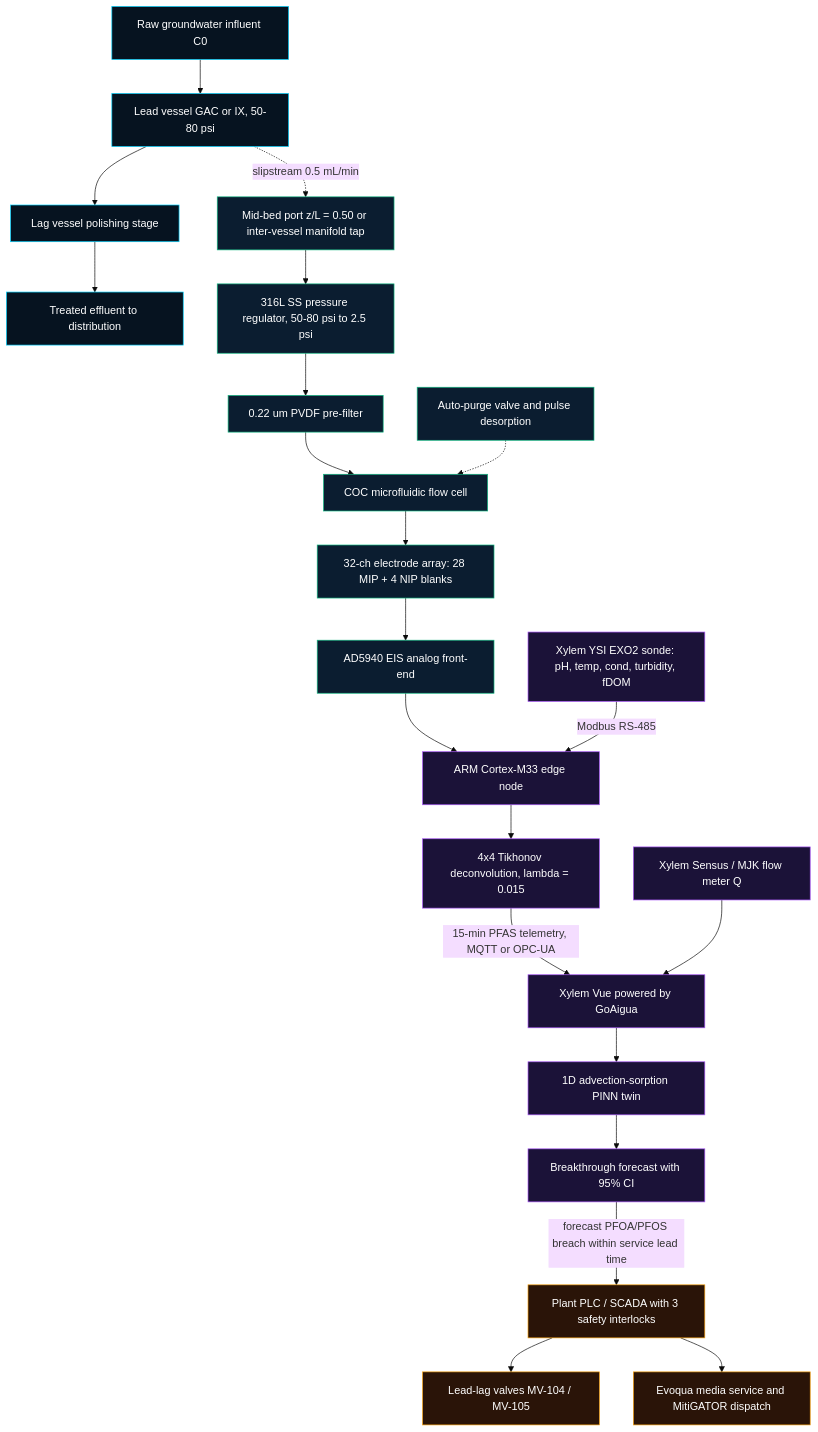
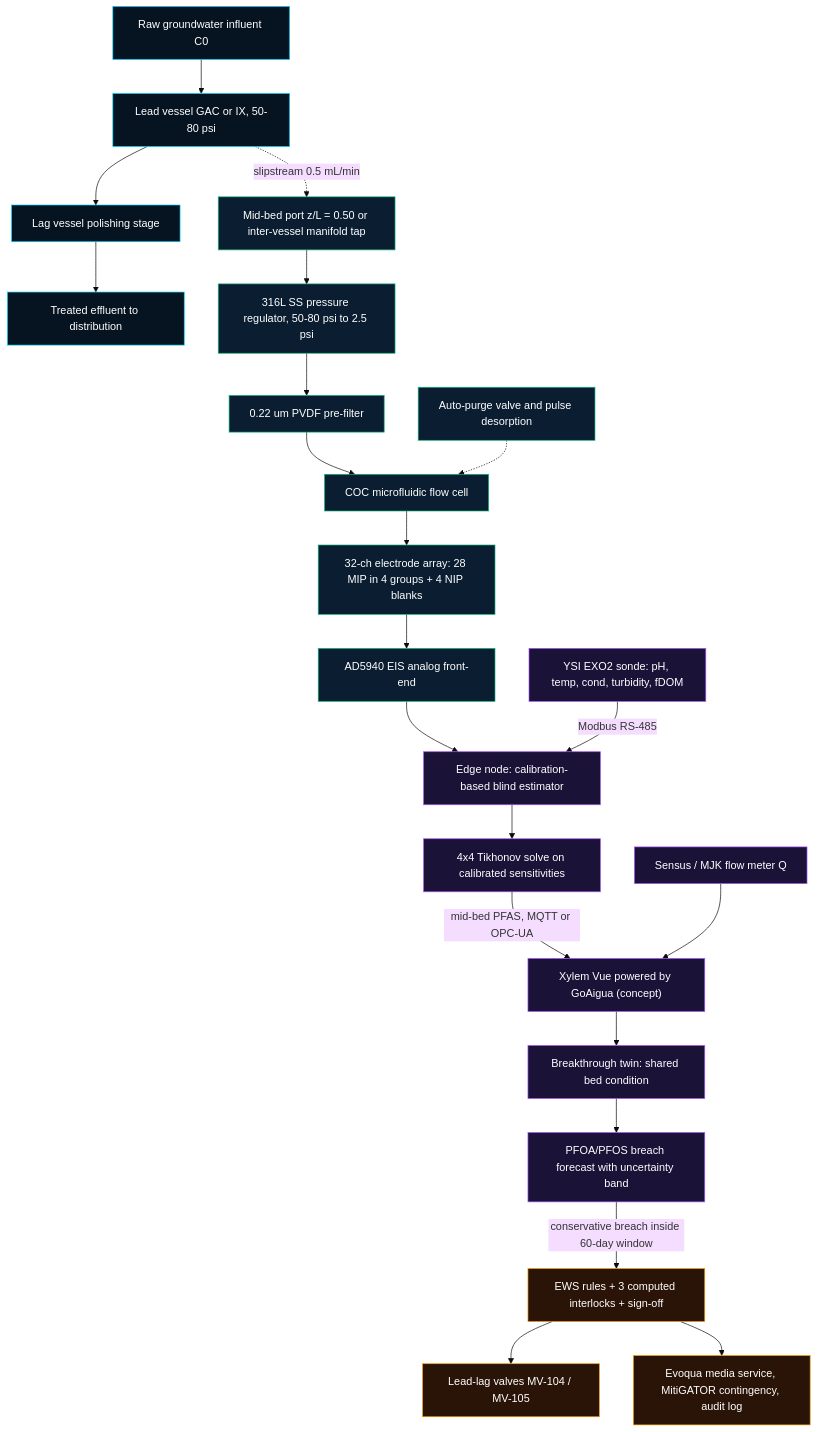
Before and after one commit to YSerhatTemel/pfas-sentinel: the first of 2 diagrams in README.md, drawn with Mermaid (base theme). The commit also changed other lines of this file and 31 other files, not shown here.

````diff
--- a/README.md
+++ b/README.md
@@ -124,37 +132,37 @@
 ```mermaid
 flowchart TD
     A["Raw groundwater influent C0"] --> B["Lead vessel GAC or IX, 50-80 psi"]
     B --> C["Lag vessel polishing stage"]
     C --> D["Treated effluent to distribution"]
 
     B -.->|slipstream 0.5 mL/min| E["Mid-bed port z/L = 0.50 or inter-vessel manifold tap"]
     E --> F["316L SS pressure regulator, 50-80 psi to 2.5 psi"]
     F --> G["0.22 um PVDF pre-filter"]
 
     G --> H["COC microfluidic flow cell"]
-    H --> I["32-ch electrode array: 28 MIP + 4 NIP blanks"]
+    H --> I["32-ch electrode array: 28 MIP in 4 groups + 4 NIP blanks"]
     I --> J["AD5940 EIS analog front-end"]
     K["Auto-purge valve and pulse desorption"] -.-> H
 
-    J --> L["ARM Cortex-M33 edge node"]
-    M["Xylem YSI EXO2 sonde: pH, temp, cond, turbidity, fDOM"] -->|Modbus RS-485| L
-    L --> N["4x4 Tikhonov deconvolution, lambda = 0.015"]
+    J --> L["Edge node: calibration-based blind estimator"]
+    M["YSI EXO2 sonde: pH, temp, cond, turbidity, fDOM"] -->|Modbus RS-485| L
+    L --> N["4x4 Tikhonov solve on calibrated sensitivities"]
 
-    N -->|15-min PFAS telemetry, MQTT or OPC-UA| O["Xylem Vue powered by GoAigua"]
-    P["Xylem Sensus / MJK flow meter Q"] --> O
-    O --> Q["1D advection-sorption PINN twin"]
-    Q --> R["Breakthrough forecast with 95% CI"]
+    N -->|mid-bed PFAS, MQTT or OPC-UA| O["Xylem Vue powered by GoAigua (concept)"]
+    P["Sensus / MJK flow meter Q"] --> O
+    O --> Q["Breakthrough twin: shared bed condition"]
+    Q --> R["PFOA/PFOS breach forecast with uncertainty band"]
 
-    R -->|forecast PFOA/PFOS breach within service lead time| S["Plant PLC / SCADA with 3 safety interlocks"]
+    R -->|conservative breach inside 60-day window| S["EWS rules + 3 computed interlocks + sign-off"]
     S --> T["Lead-lag valves MV-104 / MV-105"]
-    S --> U["Evoqua media service and MitiGATOR dispatch"]
+    S --> U["Evoqua media service, MitiGATOR contingency, audit log"]
 
     classDef hydraulic fill:#061320,stroke:#00D2FF,color:#ffffff
     classDef sensor fill:#0B1D30,stroke:#10B981,color:#ffffff
     classDef cloud fill:#1B1238,stroke:#A855F7,color:#ffffff
     classDef control fill:#2A1408,stroke:#F59E0B,color:#ffffff
     class A,B,C,D hydraulic
     class E,F,G,H,I,J,K sensor
     class L,M,N,O,P,Q,R cloud
     class S,T,U control
 ```
````
